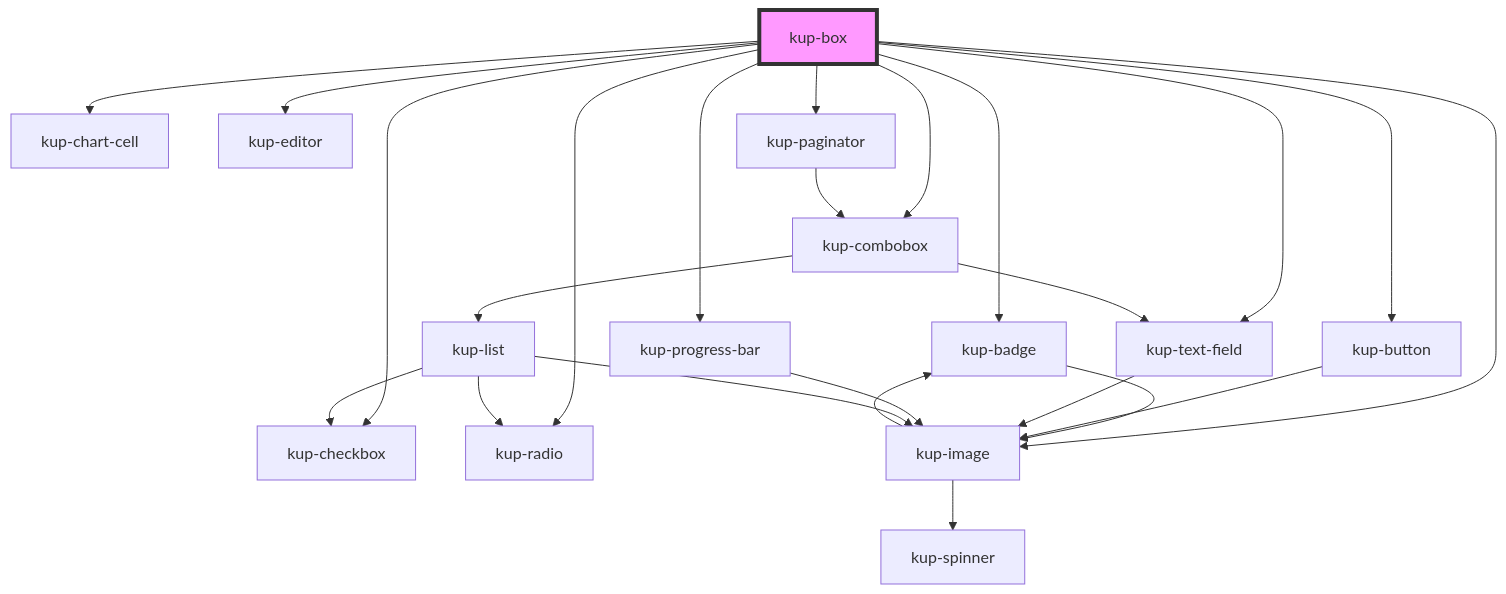
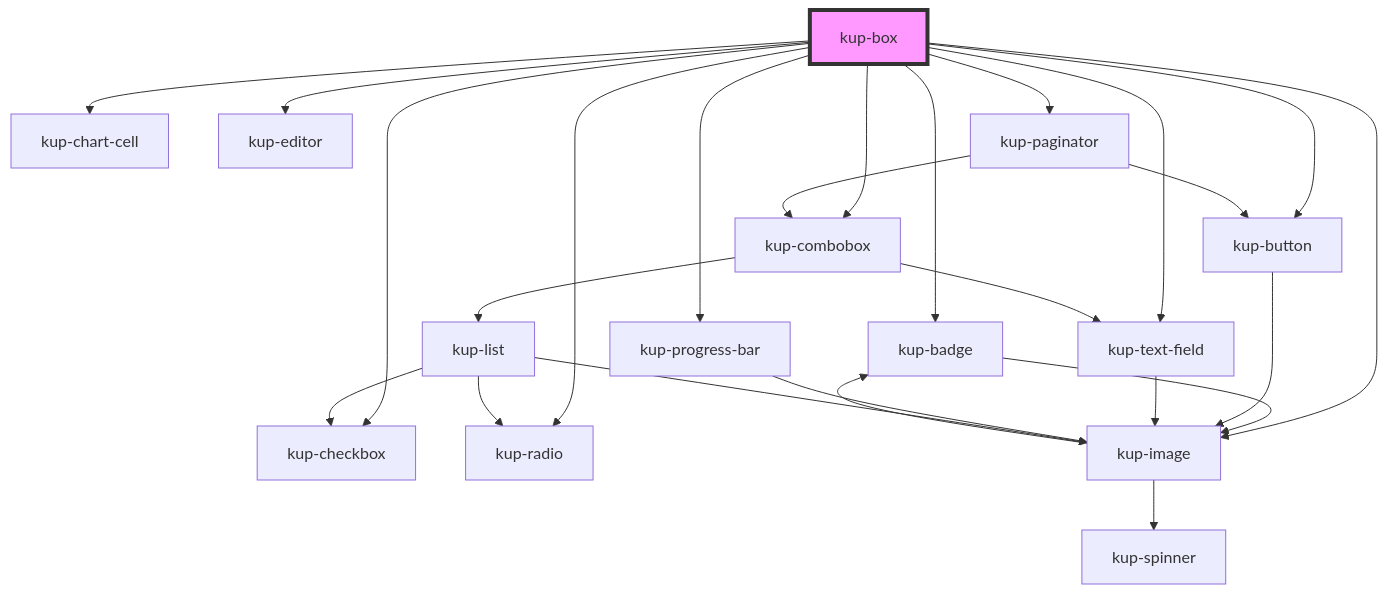
One commit to smeup/ketchup changed the diagram in packages/ketchup/src/components/kup-box/readme.md. Above: the diagram before and after it, drawn with Mermaid. The commit also changed 14 other files, not shown here.

````diff
--- a/packages/ketchup/src/components/kup-box/readme.md
+++ b/packages/ketchup/src/components/kup-box/readme.md
@@ -96,27 +96,28 @@
 ```mermaid
 graph TD;
   kup-box --> kup-checkbox
   kup-box --> kup-badge
   kup-box --> kup-button
   kup-box --> kup-radio
   kup-box --> kup-text-field
   kup-box --> kup-progress-bar
   kup-box --> kup-chart-cell
   kup-box --> kup-image
   kup-box --> kup-editor
   kup-box --> kup-combobox
   kup-box --> kup-paginator
   kup-badge --> kup-image
   kup-image --> kup-badge
   kup-image --> kup-spinner
   kup-button --> kup-image
   kup-text-field --> kup-image
   kup-progress-bar --> kup-image
   kup-combobox --> kup-text-field
   kup-combobox --> kup-list
   kup-list --> kup-image
   kup-list --> kup-radio
   kup-list --> kup-checkbox
+  kup-paginator --> kup-button
   kup-paginator --> kup-combobox
   style kup-box fill:#f9f,stroke:#333,stroke-width:4px
 ```
````
